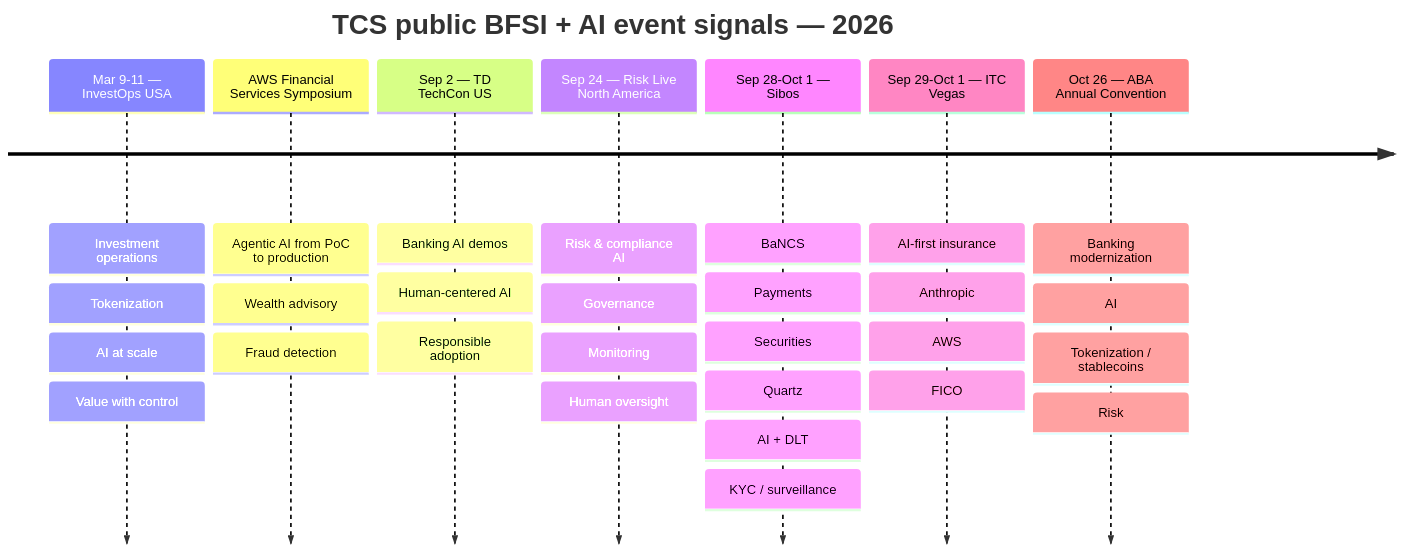
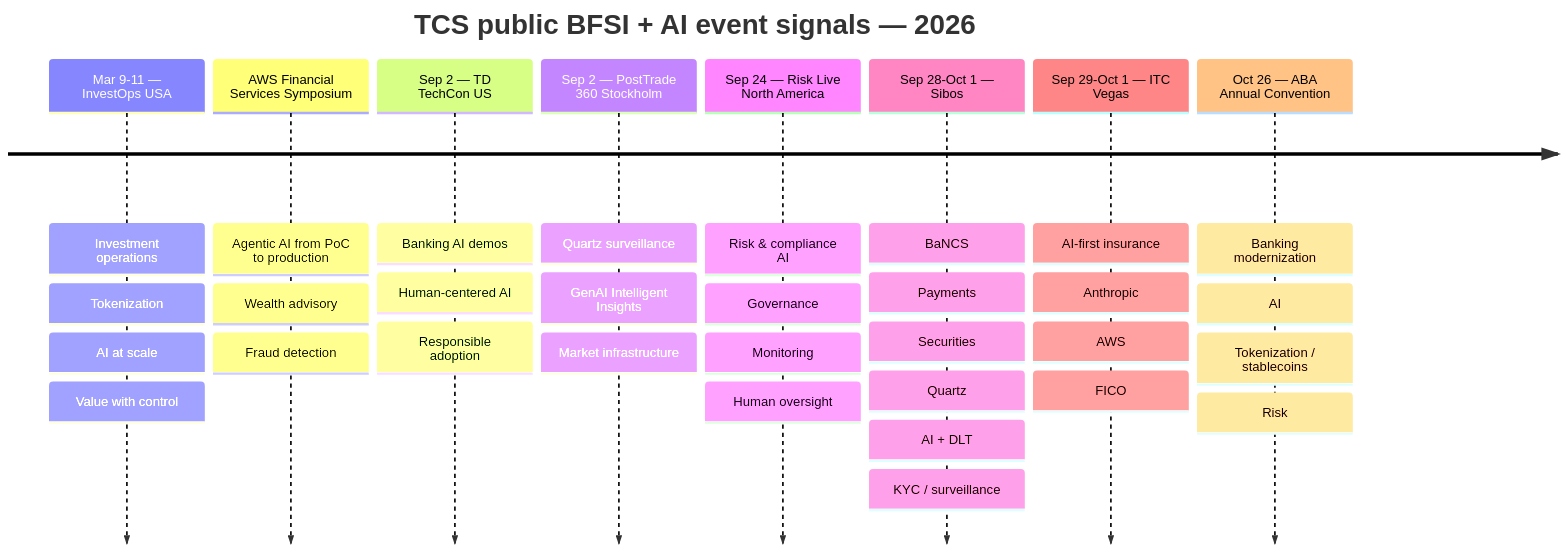
The first of 5 diagrams in events/public-event-watch.md (Akilankm/second-brain), drawn with Mermaid before and after one commit. The commit also changed other lines of this file, not shown here.

Commit message:
Track PostTrade 360 Stockholm capital-markets AI signals

````diff
--- a/events/public-event-watch.md
+++ b/events/public-event-watch.md
@@ -14,11 +14,12 @@
 ```mermaid
 timeline
   title TCS public BFSI + AI event signals — 2026
   Mar 9-11 — InvestOps USA : Investment operations : Tokenization : AI at scale : Value with control
   AWS Financial Services Symposium : Agentic AI from PoC to production : Wealth advisory : Fraud detection
   Sep 2 — TD TechCon US : Banking AI demos : Human-centered AI : Responsible adoption
+  Sep 2 — PostTrade 360 Stockholm : Quartz surveillance : GenAI Intelligent Insights : Market infrastructure
   Sep 24 — Risk Live North America : Risk & compliance AI : Governance : Monitoring : Human oversight
   Sep 28-Oct 1 — Sibos : BaNCS : Payments : Securities : Quartz : AI + DLT : KYC / surveillance
   Sep 29-Oct 1 — ITC Vegas : AI-first insurance : Anthropic : AWS : FICO
   Oct 26 — ABA Annual Convention : Banking modernization : AI : Tokenization / stablecoins : Risk
 ```
````
